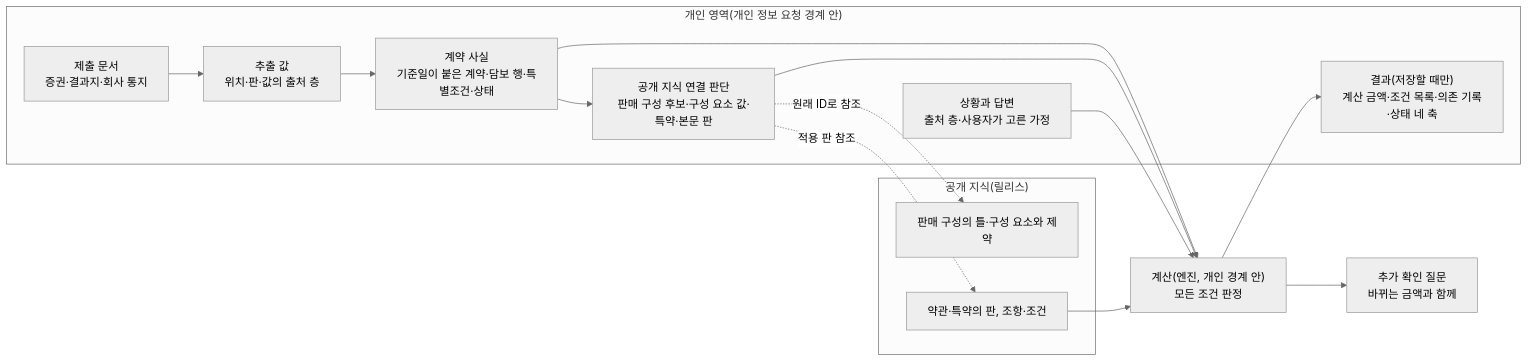
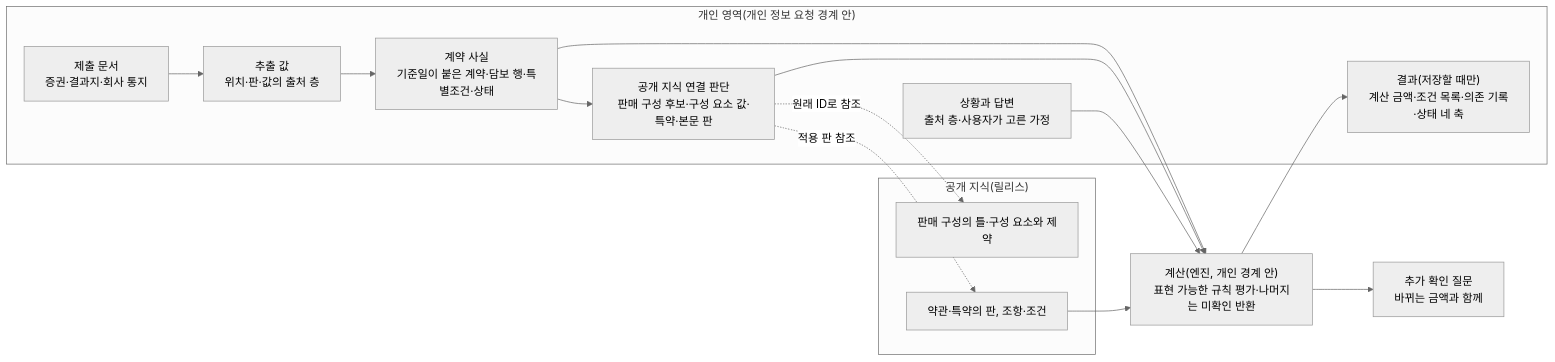
Before and after one commit to SUNBURN-Golden/ONJEON: the diagram in docs/blueprint/proposals/개인계약_모델_토의초안.md, drawn with Mermaid (neutral theme). The commit also changed other lines of this file and 2 other files, not shown here.

````diff
--- a/docs/blueprint/proposals/개인계약_모델_토의초안.md
+++ b/docs/blueprint/proposals/개인계약_모델_토의초안.md
@@ -169,24 +171,24 @@
 ```mermaid
 flowchart LR
   subgraph PRIV["개인 영역(개인 정보 요청 경계 안)"]
     DOC["제출 문서<br/>증권·결과지·회사 통지"]
     VAL["추출 값<br/>위치·판·값의 출처 층"]
     CF["계약 사실<br/>기준일이 붙은 계약·담보 행·특별조건·상태"]
     LINK["공개 지식 연결 판단<br/>판매 구성 후보·구성 요소 값·특약·본문 판"]
     SIT["상황과 답변<br/>출처 층·사용자가 고른 가정"]
     RES["결과(저장할 때만)<br/>계산 금액·조건 목록·의존 기록·상태 네 축"]
   end
   subgraph PUB["공개 지식(릴리스)"]
     SO["판매 구성의 틀·구성 요소와 제약"]
     TV["약관·특약의 판, 조항·조건"]
   end
   DOC --> VAL --> CF --> LINK
   LINK -.->|"원래 ID로 참조"| SO
   LINK -.->|"적용 판 참조"| TV
-  CF --> CALC["계산(엔진, 개인 경계 안)<br/>모든 조건 판정"]
+  CF --> CALC["계산(엔진, 개인 경계 안)<br/>표현 가능한 규칙 평가·나머지는 미확인 반환"]
   LINK --> CALC
   SIT --> CALC
   TV --> CALC
   CALC --> RES
   CALC --> Q["추가 확인 질문<br/>바뀌는 금액과 함께"]
 ```
````
